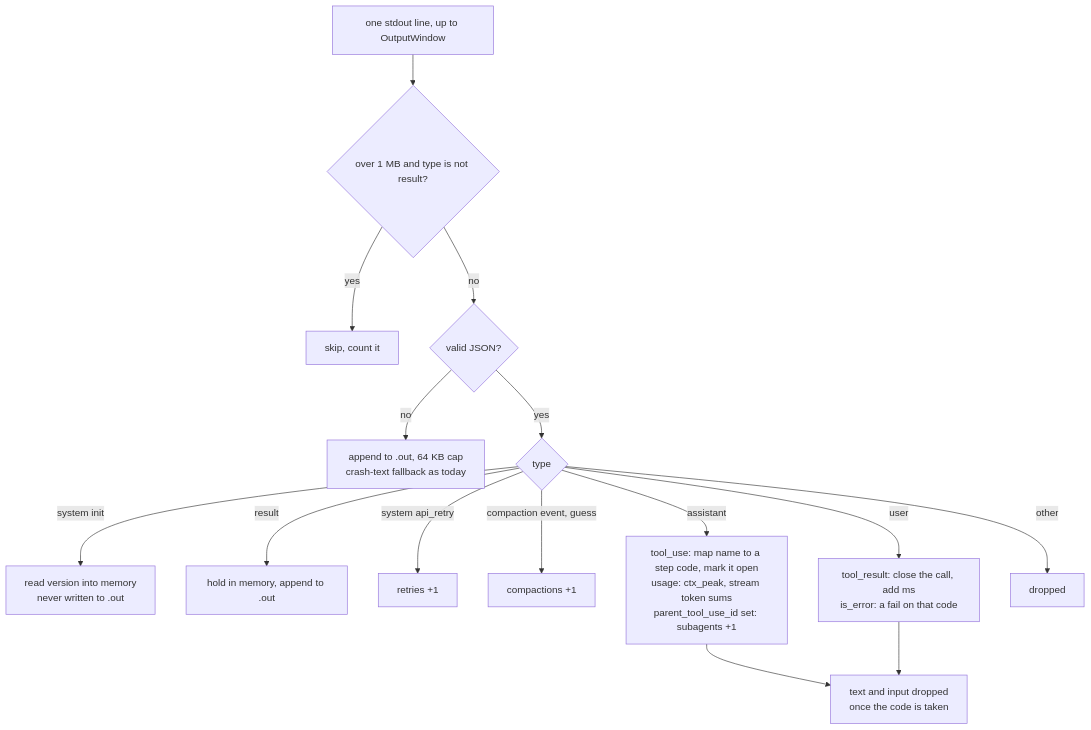
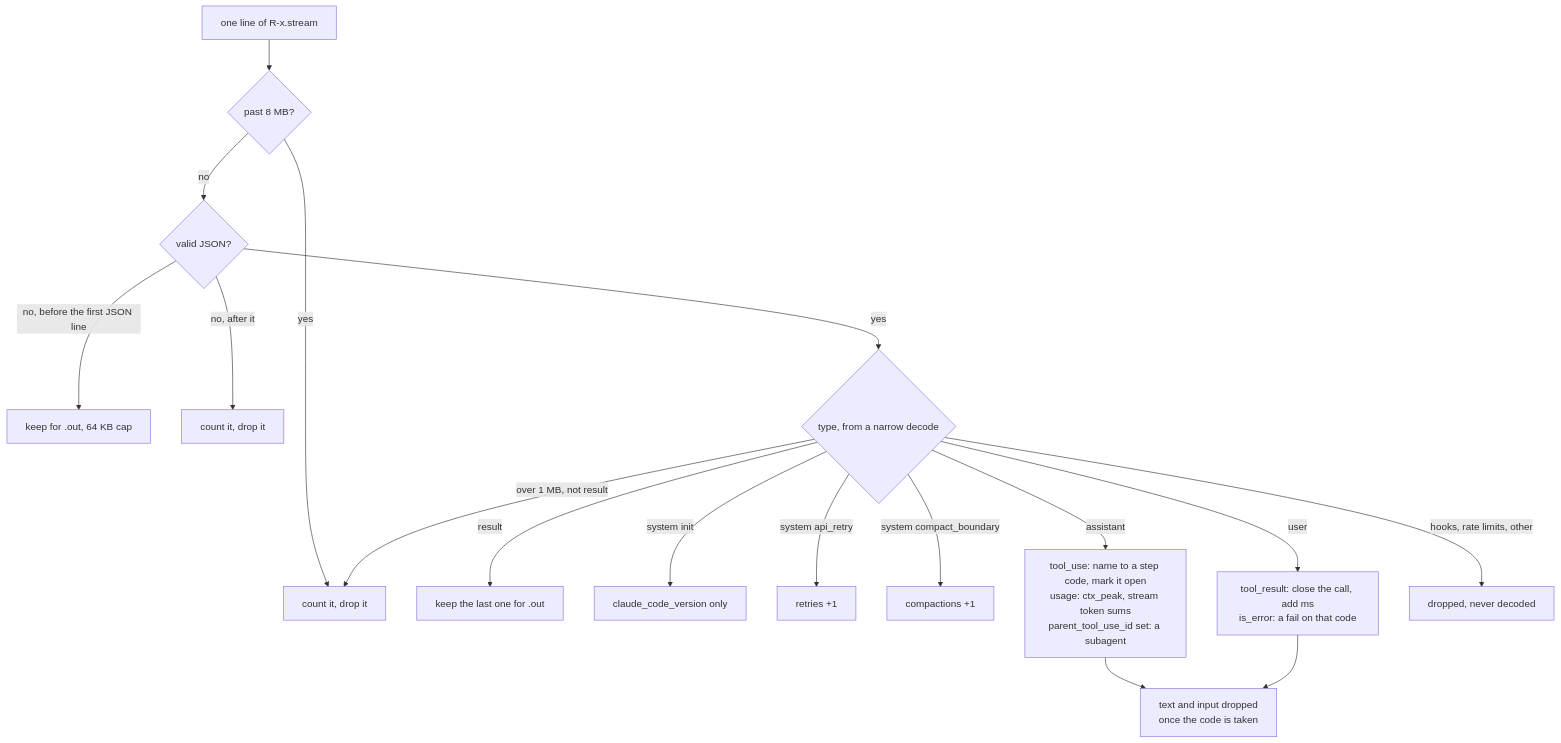
Before and after one commit to ProlesDei/maestro: the third of 11 diagrams in docs/design/data-collection.md, drawn with Mermaid. The commit also changed other lines of this file and 3 other files, not shown here.

````diff
--- a/docs/design/data-collection.md
+++ b/docs/design/data-collection.md
@@ -171,17 +172,19 @@
 ```mermaid
 flowchart TD
-  L["one stdout line, up to OutputWindow"] --> SZ{"over 1 MB and type is not result?"}
-  SZ -- yes --> SKIP["skip, count it"]
+  L["one line of R-x.stream"] --> SZ{"past 8 MB?"}
+  SZ -- yes --> CUT["count it, drop it"]
   SZ -- no --> J{"valid JSON?"}
-  J -- no --> RAW["append to .out, 64 KB cap<br/>crash-text fallback as today"]
-  J -- yes --> T{"type"}
-  T -- "system init" --> INIT["read version into memory<br/>never written to .out"]
-  T -- "result" --> RES["hold in memory, append to .out"]
+  J -- "no, before the first JSON line" --> PRE["keep for .out, 64 KB cap"]
+  J -- "no, after it" --> BAD["count it, drop it"]
+  J -- yes --> T{"type, from a narrow decode"}
+  T -- "result" --> RES["keep the last one for .out"]
+  T -- "over 1 MB, not result" --> CUT
+  T -- "system init" --> INIT["claude_code_version only"]
   T -- "system api_retry" --> RT["retries +1"]
-  T -- "compaction event, guess" --> CP["compactions +1"]
-  T -- "assistant" --> A["tool_use: map name to a step code, mark it open<br/>usage: ctx_peak, stream token sums<br/>parent_tool_use_id set: subagents +1"]
+  T -- "system compact_boundary" --> CP["compactions +1"]
+  T -- "assistant" --> A["tool_use: name to a step code, mark it open<br/>usage: ctx_peak, stream token sums<br/>parent_tool_use_id set: a subagent"]
   T -- "user" --> U["tool_result: close the call, add ms<br/>is_error: a fail on that code"]
-  T -- "other" --> DROP["dropped"]
+  T -- "hooks, rate limits, other" --> DROP["dropped, never decoded"]
   A --> GONE["text and input dropped<br/>once the code is taken"]
   U --> GONE
 ```
````
